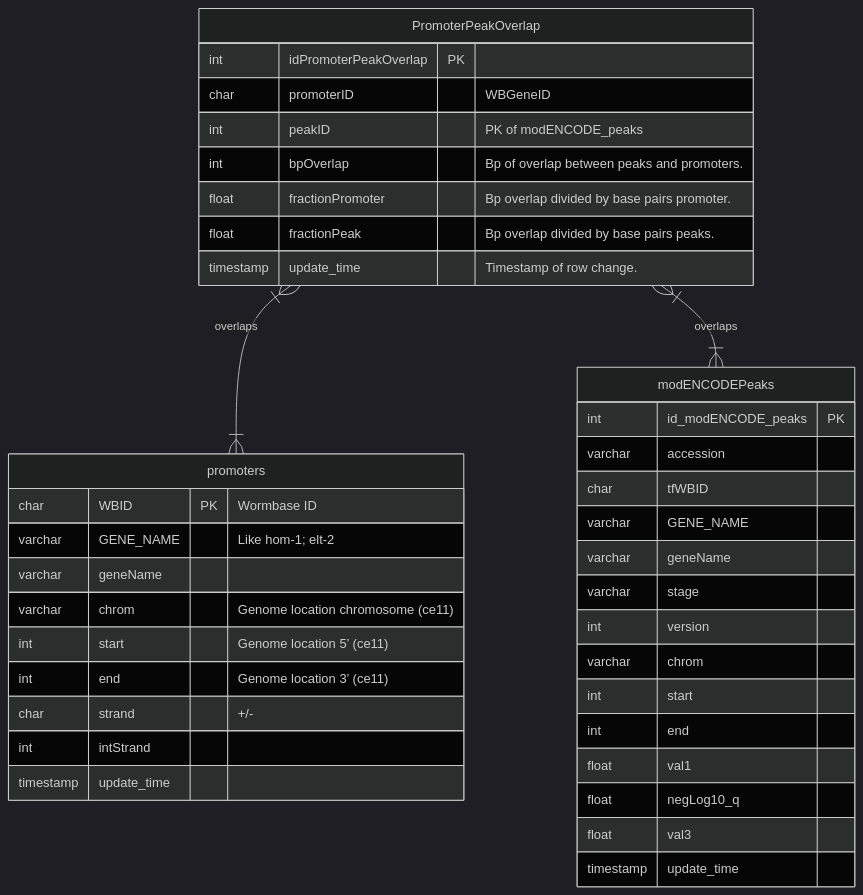
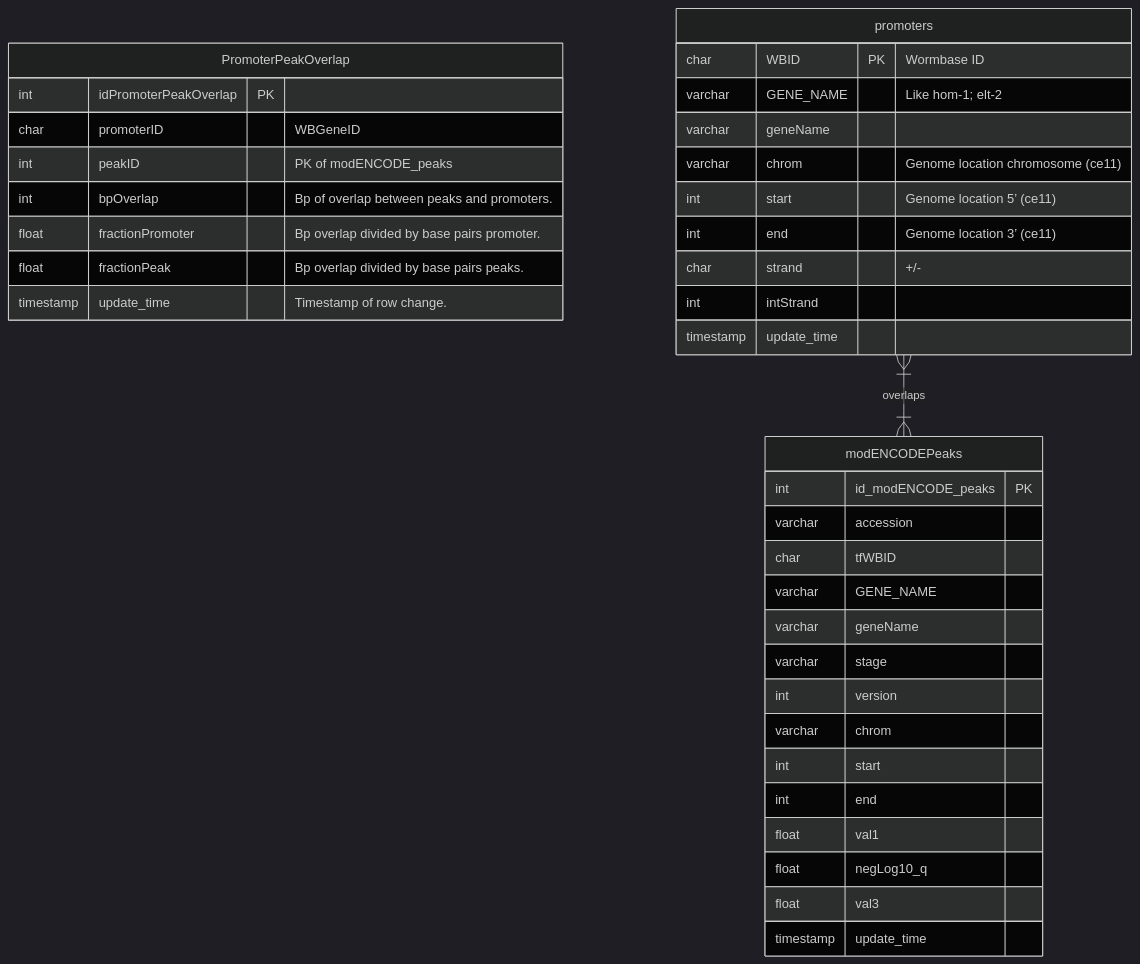
The first of 6 diagrams in README.md (meekrob/OnishRDB), drawn with Mermaid (dark theme) before and after one commit.

````diff
--- a/README.md
+++ b/README.md
@@ -92,46 +92,45 @@
 ```mermaid
 erDiagram
 
-PromoterPeakOverlap }|--|{ promoters : overlaps
-PromoterPeakOverlap }|--|{ modENCODEPeaks : overlaps
 PromoterPeakOverlap {
 int idPromoterPeakOverlap PK ""
 char promoterID  "WBGeneID"
 int peakID  "PK of modENCODE_peaks"
 int bpOverlap  "Bp of overlap between peaks and promoters."
 float fractionPromoter  "Bp overlap divided by base pairs promoter."
 float fractionPeak  "Bp overlap divided by base pairs peaks."
 timestamp update_time  "Timestamp of row change."
 }
 
+promoters }|--|{ modENCODEPeaks : overlaps
 promoters {
 char WBID PK "Wormbase ID"
 varchar GENE_NAME  "Like hom-1; elt-2"
 varchar geneName  ""
 varchar chrom  "Genome location chromosome (ce11)"
 int start  "Genome location 5’  (ce11)"
 int end  "Genome location 3’ (ce11)"
 char strand  "+/-"
 int intStrand  ""
 timestamp update_time  ""
 }
 
 modENCODEPeaks {
 int id_modENCODE_peaks PK
 varchar accession 
 char tfWBID 
 varchar GENE_NAME 
 varchar geneName 
 varchar stage 
 int version 
 varchar chrom 
 int start 
 int end 
 float val1 
 float negLog10_q 
 float val3 
 timestamp update_time 
 }
 
 
 ```
````
